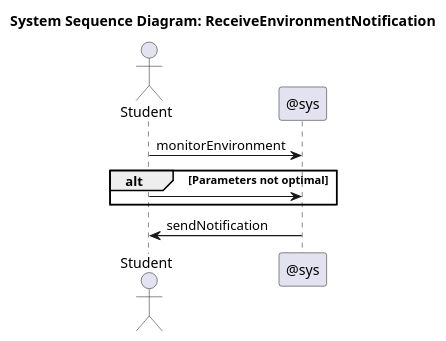
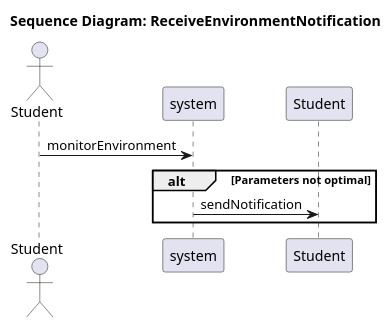
One commit to SEP4Real/SEP4 changed the diagram in Documentation/Analysis/ssds/StudyHelper_ReceiveEnvironmentNotification.ssd.puml. Above: the diagram before and after it, drawn with PlantUML. The commit also changed 46 other files, not shown here.

```diff
--- a/Documentation/Analysis/ssds/StudyHelper_ReceiveEnvironmentNotification.ssd.puml
+++ b/Documentation/Analysis/ssds/StudyHelper_ReceiveEnvironmentNotification.ssd.puml
@@ -1,10 +1,11 @@
-@startuml StudyHelper_ReceiveEnvironmentNotification_SSD
-title System Sequence Diagram: ReceiveEnvironmentNotification
+@startuml
+title Sequence Diagram: ReceiveEnvironmentNotification
 actor "Student" as Actor
-participant "@sys" as System
+participant "system" as System
+participant "Student" as Student
+
 Actor -> System : monitorEnvironment
 alt Parameters not optimal
-Actor -> System : 
+System -> Student : sendNotification
 end
-System -> Actor : sendNotification
 @enduml
```
